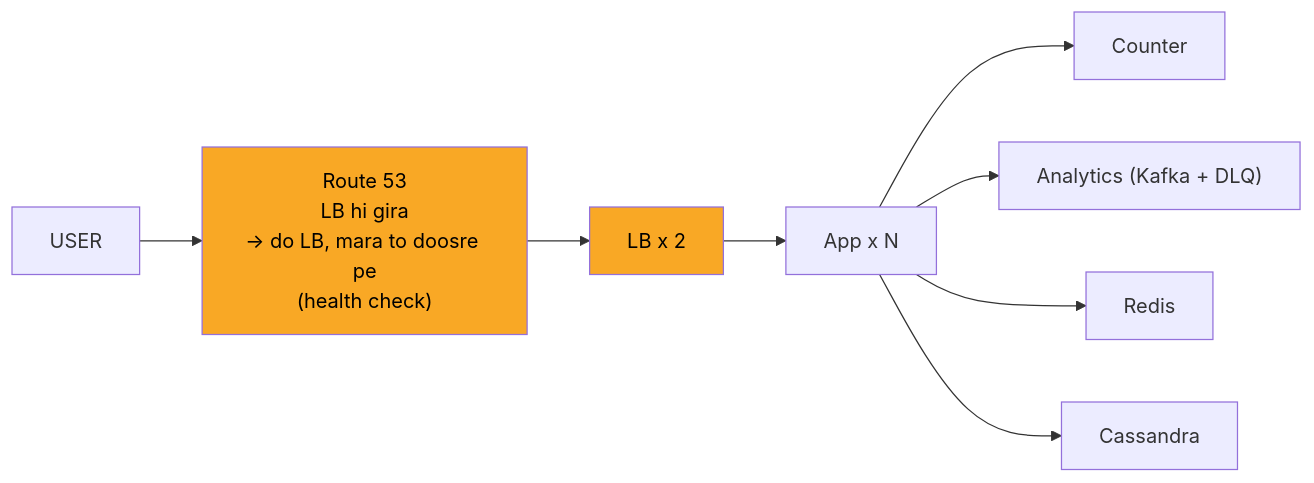
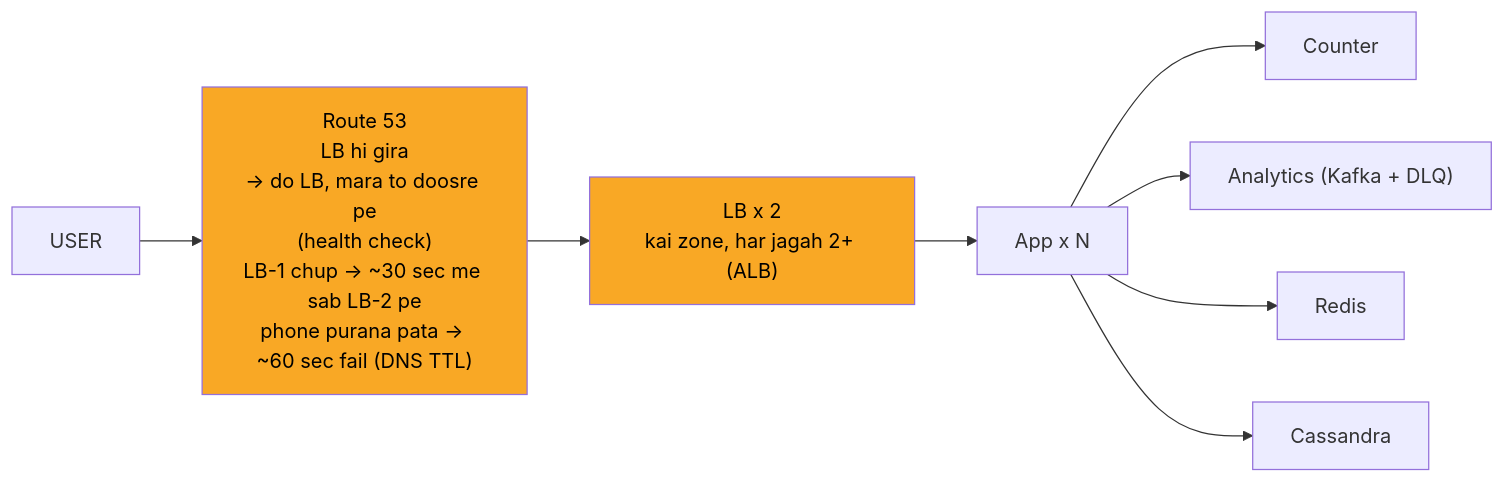
One commit to ArpanMaheshwari144/Prep changed the eighth of 10 diagrams in 04_HLD/SYSTEM_DESIGNS/01_url_shortener/01_url_shortener.md. Above: the diagram before and after it, drawn with Mermaid. The commit also changed other lines of this file, not shown here.

Commit message:
url shortener: peele dabbe me SAFAR ke mod (diagram padhte hi sab mile)

````diff
--- a/04_HLD/SYSTEM_DESIGNS/01_url_shortener/01_url_shortener.md
+++ b/04_HLD/SYSTEM_DESIGNS/01_url_shortener/01_url_shortener.md
@@ -355,20 +355,20 @@
 ```mermaid
 flowchart LR
     n_USER["USER"]
-    n_Route_53["Route 53<br/>LB hi gira<br/>-> do LB, mara to doosre pe<br/>(health check)"]
-    n_LB_xN["LB x 2"]
+    n_Route_53["Route 53<br/>LB hi gira<br/>-> do LB, mara to doosre pe<br/>(health check)<br/>LB-1 chup -> ~30 sec me sab LB-2 pe<br/>phone purana pata -> ~60 sec fail (DNS TTL)"]
+    n_LB_xN["LB x 2<br/>kai zone, har jagah 2+ (ALB)"]
     n_App_xN["App x N"]
     n_Counter["Counter"]
     n_ANA["Analytics (Kafka + DLQ)"]
     n_Redis["Redis"]
     n_Cassandra["Cassandra"]
     n_USER --> n_Route_53
     n_Route_53 --> n_LB_xN
     n_LB_xN --> n_App_xN
     n_App_xN --> n_Counter
     n_App_xN --> n_ANA
     n_App_xN --> n_Redis
     n_App_xN --> n_Cassandra
     style n_Route_53 fill:#f9a825,color:#000
     style n_LB_xN fill:#f9a825,color:#000
 ```
````
